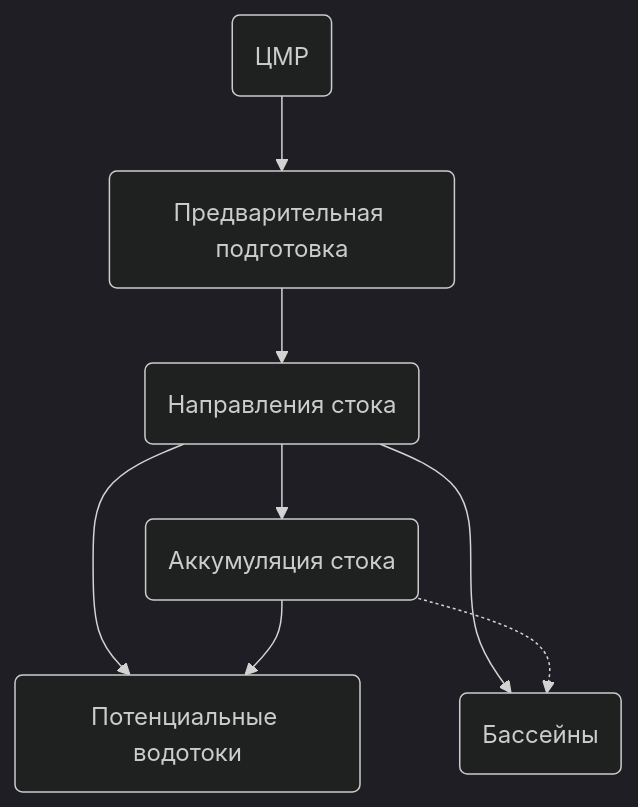
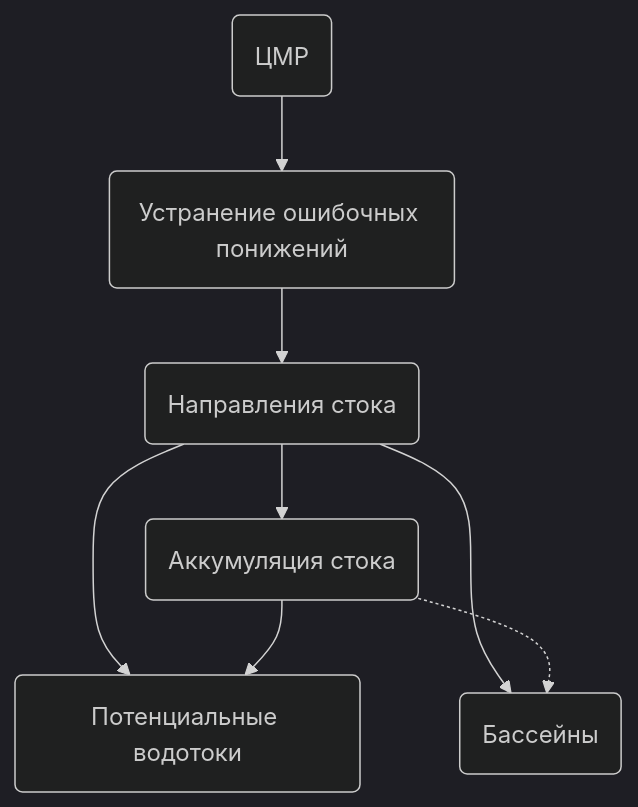
The diagram in 07_Dem.qmd (tsamsonov/gis-course), drawn with Mermaid (dark theme) before and after one commit. The commit also changed other lines of this file and 35 other files, not shown here.

````diff
--- a/07_Dem.qmd
+++ b/07_Dem.qmd
@@ -1105,11 +1123,11 @@
 ```{mermaid}
 %%| fig-width: 15
 flowchart TB
-  A(ЦМР) --> B(Предварительная подготовка)
+  A(ЦМР) --> B(Устранение ошибочных понижений)
   B --> C(Направления стока)
   C --> D(Аккумуляция стока)
   C --> E(Потенциальные водотоки)
   D --> E
   C --> F(Бассейны)
   D -.-> F
 ```
````
